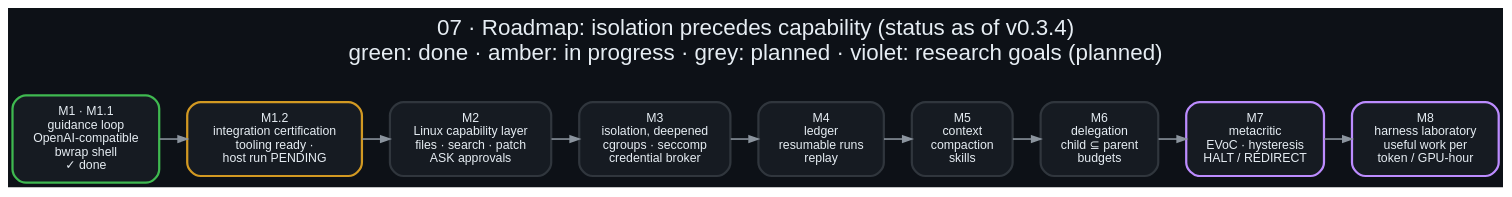
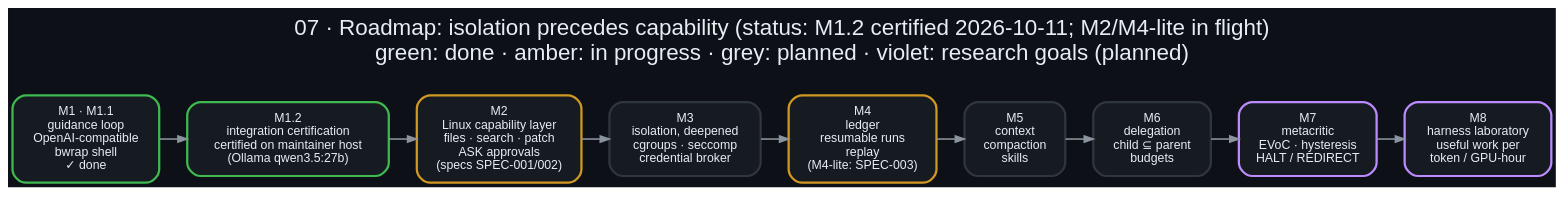
The diagram in docs/diagrams/07_roadmap.dot (danindiana/malyutka), drawn with Graphviz before and after one commit. The commit also changed 56 other files, not shown here.

First line of the commit message:
docs: Hermes gap analysis, specs, backlog and diagrams 08-16

```diff
--- a/docs/diagrams/07_roadmap.dot
+++ b/docs/diagrams/07_roadmap.dot
@@ -1,18 +1,18 @@
 digraph roadmap {
     graph [bgcolor="#0d1117", rankdir=LR, fontname="Helvetica", fontcolor="#e6edf3", labelloc="t", fontsize=20,
-           label="07 · Roadmap: isolation precedes capability (status as of v0.3.4)\ngreen: done · amber: in progress · grey: planned · violet: research goals (planned)\n ", nodesep=0.25, ranksep=0.35];
+           label="07 · Roadmap: isolation precedes capability (status: M1.2 certified 2026-10-11; M2/M4-lite in flight)\ngreen: done · amber: in progress · grey: planned · violet: research goals (planned)\n ", nodesep=0.25, ranksep=0.35];
     node  [fontname="Helvetica", fontcolor="#e6edf3", color="#30363d", style="filled,rounded", shape=box, penwidth=2,
            margin="0.18,0.12", fillcolor="#161b22", fontsize=11];
     edge  [color="#8b949e", penwidth=1.4, arrowsize=0.8];
 
     m1  [label="M1 · M1.1\nguidance loop\nOpenAI-compatible\nbwrap shell\n✓ done", color="#3fb950"];
-    m12 [label="M1.2\nintegration certification\ntooling ready ·\nhost run PENDING", color="#d29922"];
-    m2  [label="M2\nLinux capability layer\nfiles · search · patch\nASK approvals", color="#30363d"];
+    m12 [label="M1.2\nintegration certification\ncertified on maintainer host\n(Ollama qwen3.5:27b)", color="#3fb950"];
+    m2  [label="M2\nLinux capability layer\nfiles · search · patch\nASK approvals\n(specs SPEC-001/002)", color="#d29922"];
     m3  [label="M3\nisolation, deepened\ncgroups · seccomp\ncredential broker", color="#30363d"];
-    m4  [label="M4\nledger\nresumable runs\nreplay", color="#30363d"];
+    m4  [label="M4\nledger\nresumable runs\nreplay\n(M4-lite: SPEC-003)", color="#d29922"];
     m5  [label="M5\ncontext\ncompaction\nskills", color="#30363d"];
     m6  [label="M6\ndelegation\nchild ⊆ parent\nbudgets", color="#30363d"];
     m7  [label="M7\nmetacritic\nEVoC · hysteresis\nHALT / REDIRECT", color="#bc8cff"];
     m8  [label="M8\nharness laboratory\nuseful work per\ntoken / GPU-hour", color="#bc8cff"];
     m1 -> m12 -> m2 -> m3 -> m4 -> m5 -> m6 -> m7 -> m8;
 }
```
